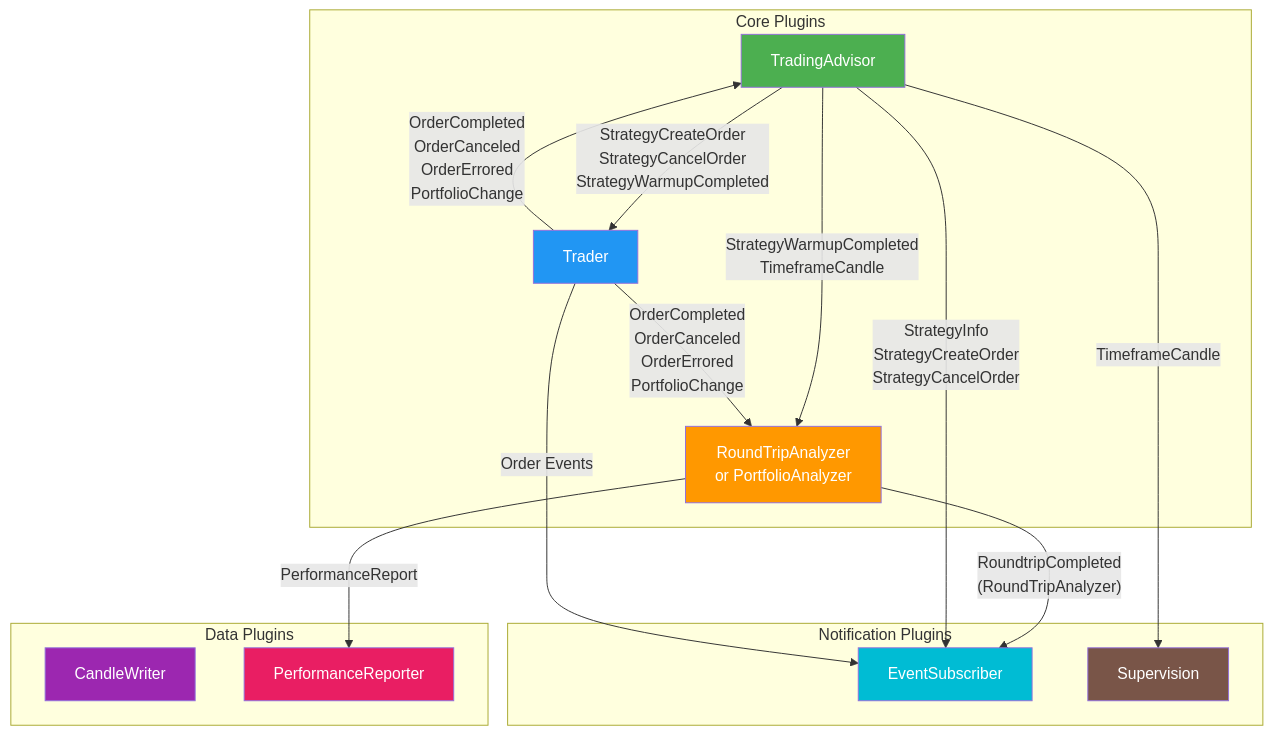
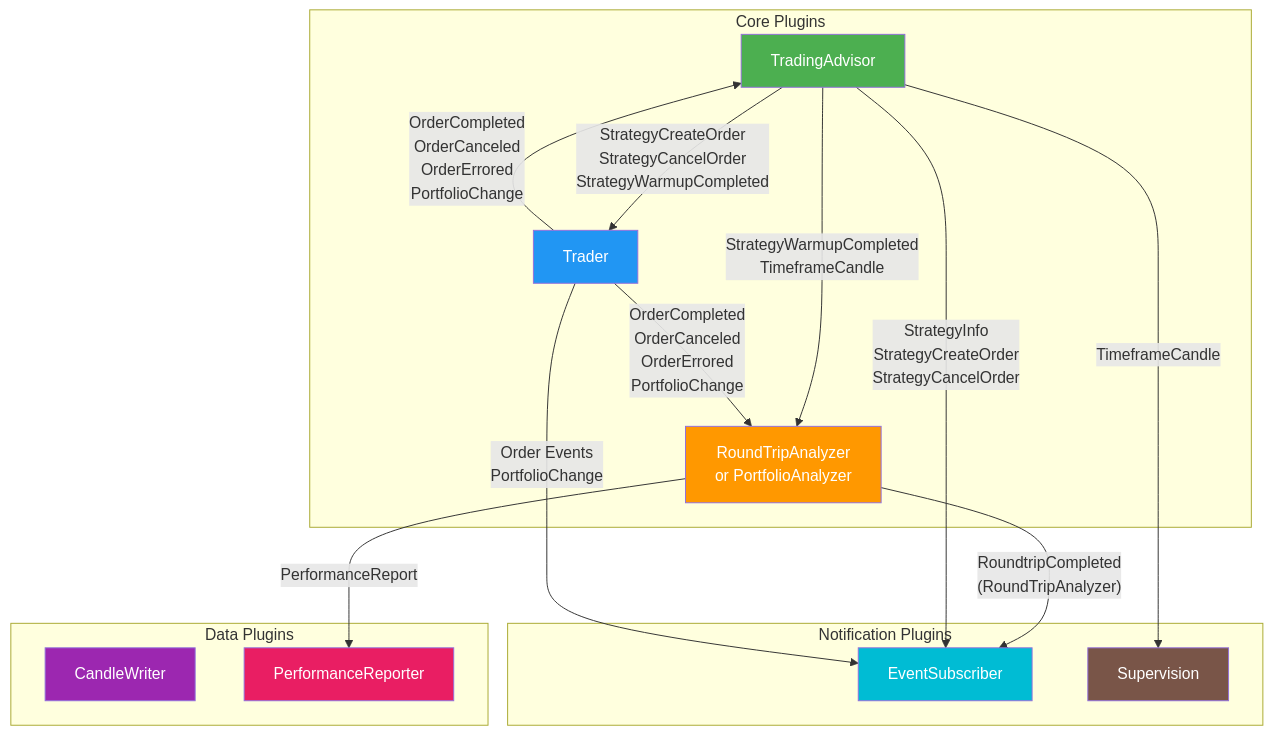
The diagram in documentation/plugins.md (youtix/gekko), drawn with Mermaid before and after one commit. The commit also changed other lines of this file and 3 other files, not shown here.

````diff
--- a/documentation/plugins.md
+++ b/documentation/plugins.md
@@ -711,36 +728,36 @@
 ```mermaid
 graph TD
     subgraph Core Plugins
         TA[TradingAdvisor]
         TR[Trader]
         AN["RoundTripAnalyzer<br>or PortfolioAnalyzer"]
     end
     
     subgraph Data Plugins
         CW[CandleWriter]
         PR[PerformanceReporter]
     end
     
     subgraph Notification Plugins
         ES[EventSubscriber]
         SU[Supervision]
     end
     
     TA -->|"StrategyCreateOrder<br>StrategyCancelOrder<br>StrategyWarmupCompleted"| TR
     TA -->|"TimeframeCandle"| SU
     TR -->|"OrderCompleted<br>OrderCanceled<br>OrderErrored<br>PortfolioChange"| TA
     TA -->|"StrategyWarmupCompleted<br>TimeframeCandle"| AN
     TR -->|"OrderCompleted<br>OrderCanceled<br>OrderErrored<br>PortfolioChange"| AN
     AN -->|"PerformanceReport"| PR
     AN -->|"RoundtripCompleted<br>(RoundTripAnalyzer)"| ES
     TA -->|"StrategyInfo<br>StrategyCreateOrder<br>StrategyCancelOrder"| ES
-    TR -->|"Order Events"| ES
+    TR -->|"Order Events<br>PortfolioChange"| ES
     
     style TA fill:#4CAF50,color:white
     style TR fill:#2196F3,color:white
     style AN fill:#FF9800,color:white
     style CW fill:#9C27B0,color:white
     style PR fill:#E91E63,color:white
     style ES fill:#00BCD4,color:white
     style SU fill:#795548,color:white
 ```
````
